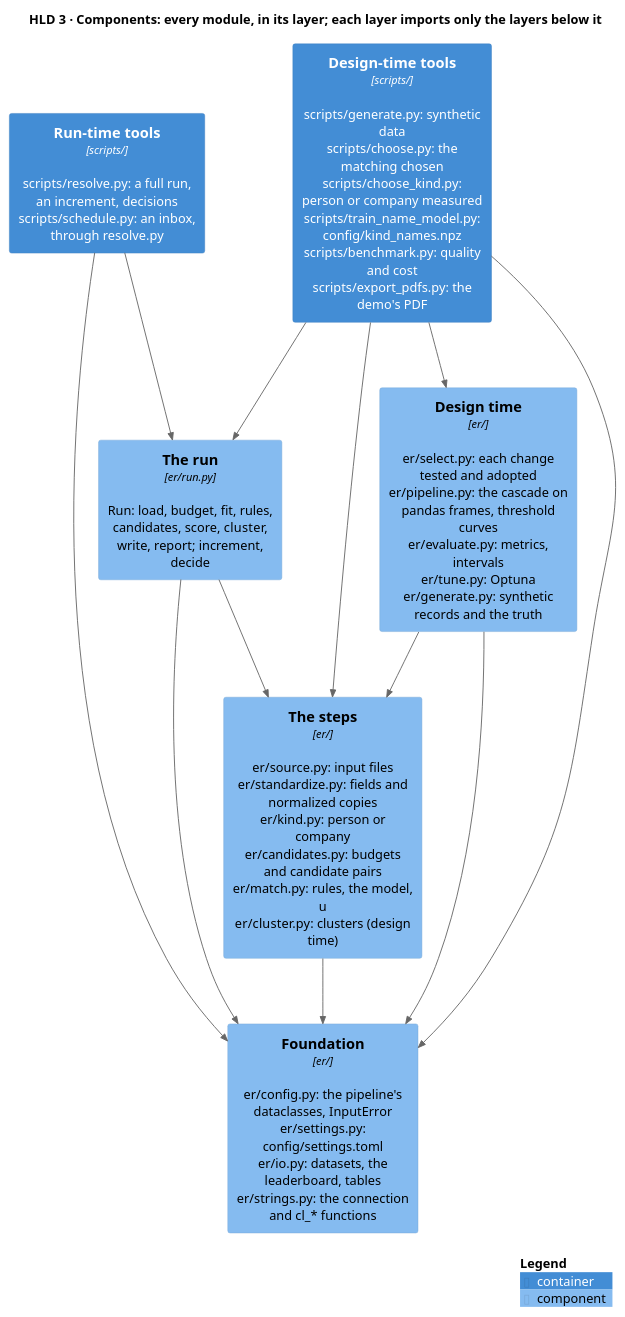
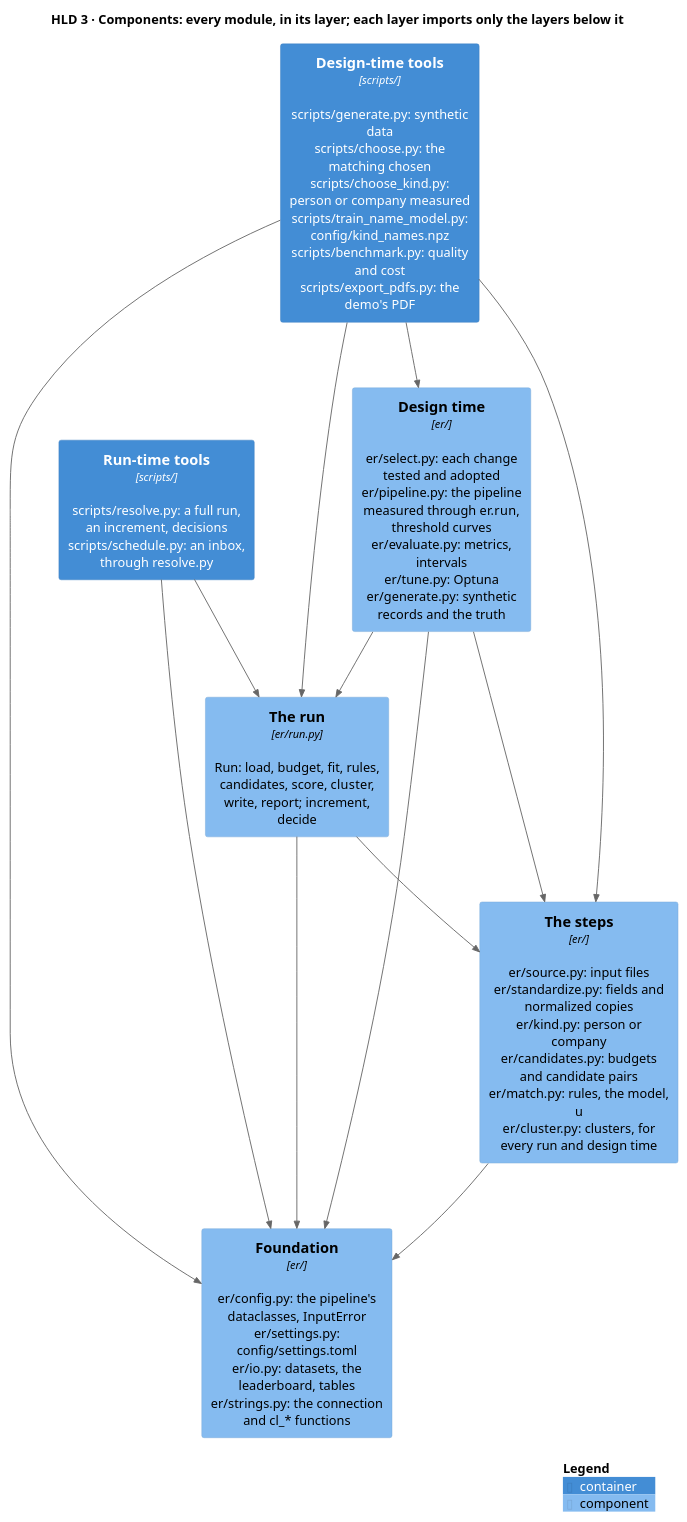
The diagram in docs/diagrams/components.puml (mvsbm/entity_matching), drawn with PlantUML before and after one commit. The commit also changed 27 other files, not shown here.

First line of the commit message:
One engine: design time measures the run itself

```diff
--- a/docs/diagrams/components.puml
+++ b/docs/diagrams/components.puml
@@ -1,28 +1,29 @@
 @startuml components
 !include <C4/C4_Component>
 LAYOUT_TOP_DOWN()
 HIDE_STEREOTYPE()
 title HLD 3 · Components: every module, in its layer; each layer imports only the layers below it
 
 Container(tools_run, "Run-time tools", "scripts/", "scripts/resolve.py: a full run, an increment, decisions\nscripts/schedule.py: an inbox, through resolve.py")
 Container(tools_design, "Design-time tools", "scripts/", "scripts/generate.py: synthetic data\nscripts/choose.py: the matching chosen\nscripts/choose_kind.py: person or company measured\nscripts/train_name_model.py: config/kind_names.npz\nscripts/benchmark.py: quality and cost\nscripts/export_pdfs.py: the demo's PDF")
 
 Component(run, "The run", "er/run.py", "Run: load, budget, fit, rules, candidates, score, cluster, write, report; increment, decide")
-Component(design, "Design time", "er/", "er/select.py: each change tested and adopted\ner/pipeline.py: the cascade on pandas frames, threshold curves\ner/evaluate.py: metrics, intervals\ner/tune.py: Optuna\ner/generate.py: synthetic records and the truth")
-Component(steps, "The steps", "er/", "er/source.py: input files\ner/standardize.py: fields and normalized copies\ner/kind.py: person or company\ner/candidates.py: budgets and candidate pairs\ner/match.py: rules, the model, u\ner/cluster.py: clusters (design time)")
+Component(design, "Design time", "er/", "er/select.py: each change tested and adopted\ner/pipeline.py: the pipeline measured through er.run, threshold curves\ner/evaluate.py: metrics, intervals\ner/tune.py: Optuna\ner/generate.py: synthetic records and the truth")
+Component(steps, "The steps", "er/", "er/source.py: input files\ner/standardize.py: fields and normalized copies\ner/kind.py: person or company\ner/candidates.py: budgets and candidate pairs\ner/match.py: rules, the model, u\ner/cluster.py: clusters, for every run and design time")
 Component(configuration, "Foundation", "er/", "er/config.py: the pipeline's dataclasses, InputError\ner/settings.py: config/settings.toml\ner/io.py: datasets, the leaderboard, tables\ner/strings.py: the connection and cl_* functions")
 
 Rel_D(tools_run, run, "")
 Rel_D(tools_run, configuration, "")
 Rel_D(tools_design, run, "")
 Rel_D(tools_design, design, "")
 Rel_D(tools_design, steps, "")
 Rel_D(tools_design, configuration, "")
 Rel_D(run, steps, "")
 Rel_D(run, configuration, "")
+Rel_D(design, run, "")
 Rel_D(design, steps, "")
 Rel_D(design, configuration, "")
 Rel_D(steps, configuration, "")
 
 SHOW_LEGEND()
 @enduml
```
